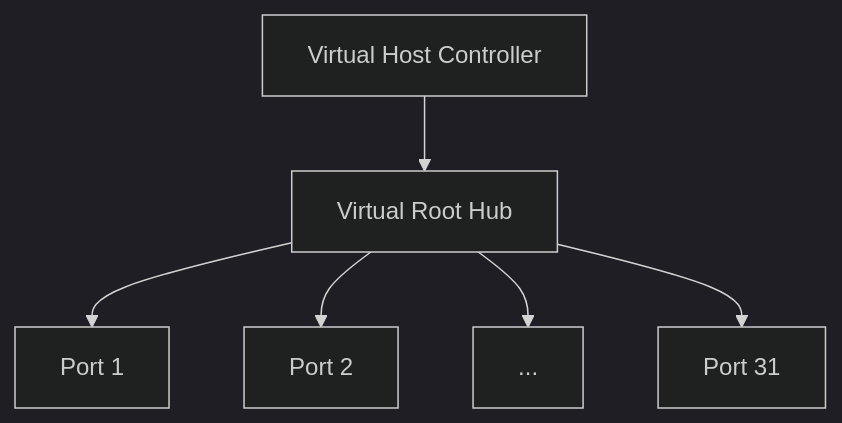
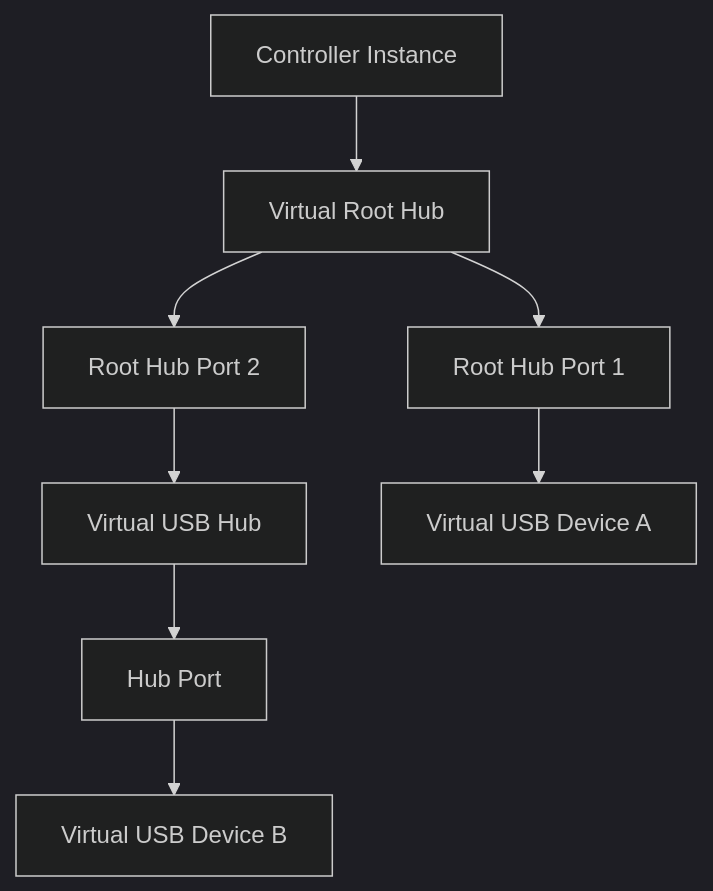
Before and after one commit to RomanBuchert/VirtUSB: the fourth of 8 diagrams in doc/architecture/system-overview.md, drawn with Mermaid (dark theme). The commit also changed other lines of this file and 6 other files, not shown here.

First line of the commit message:
docs: refine architecture and requirements documentation (WIP)

````diff
--- a/doc/architecture/system-overview.md
+++ b/doc/architecture/system-overview.md
@@ -128,16 +285,19 @@
 ```mermaid
 flowchart TD
-   HC["Virtual Host Controller"]
-   RH["Virtual Root Hub"]
+   controller["Controller Instance"]
+   root["Virtual Root Hub"]
+   root_port_1["Root Hub Port 1"]
+   root_port_2["Root Hub Port 2"]
+   hub["Virtual USB Hub"]
+   hub_port["Hub Port"]
+   device_a["Virtual USB Device A"]
+   device_b["Virtual USB Device B"]
 
-   P1["Port 1"]
-   P2["Port 2"]
-   PX["..."]
-   P31["Port 31"]
-
-   HC --> RH
-   RH --> P1
-   RH --> P2
-   RH --> PX
-   RH --> P31
+   controller --> root
+   root --> root_port_1
+   root --> root_port_2
+   root_port_1 --> device_a
+   root_port_2 --> hub
+   hub --> hub_port
+   hub_port --> device_b
 ```
````
